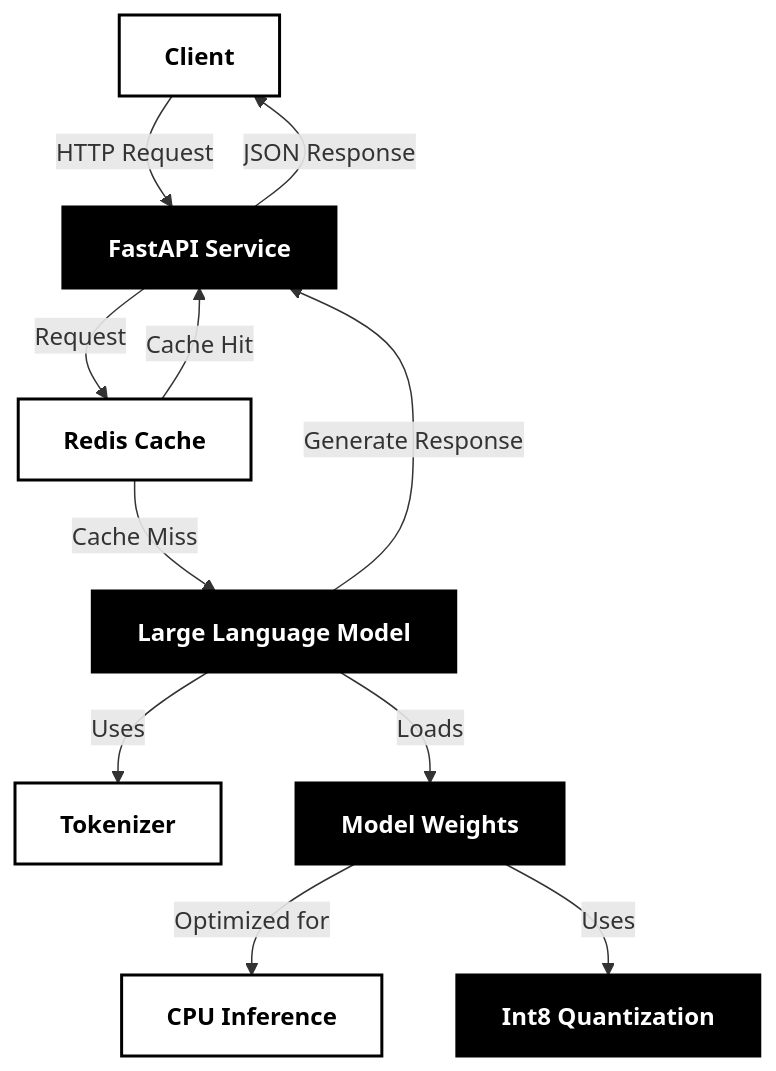
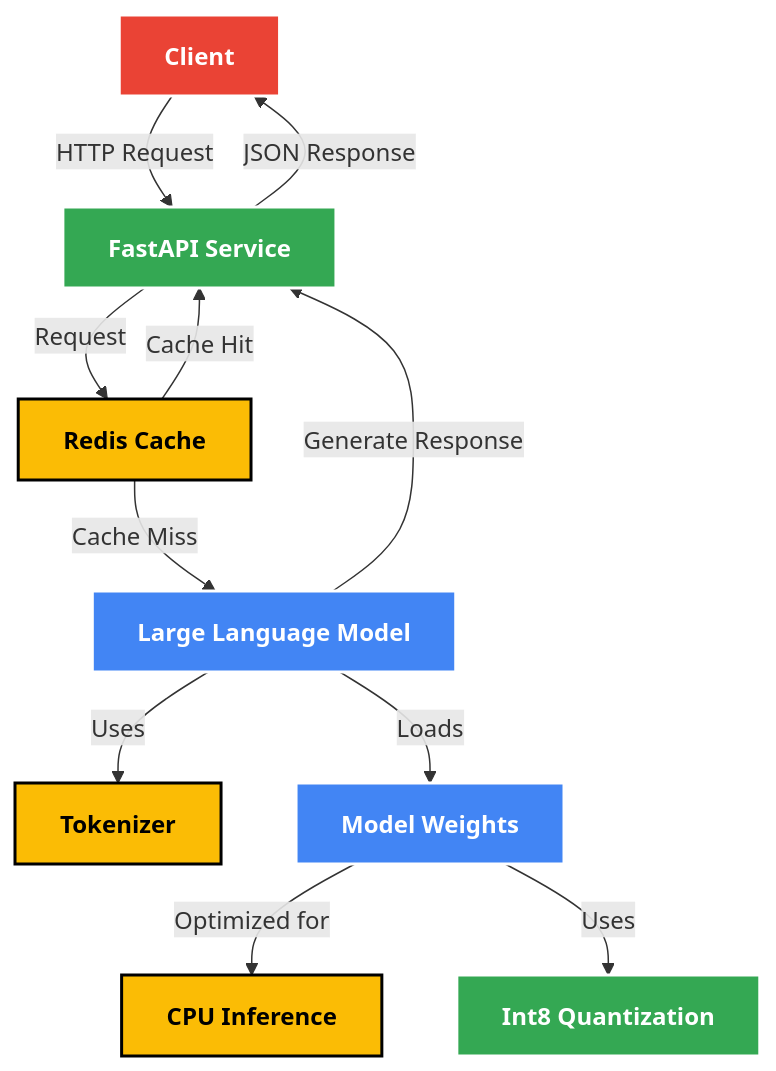
The first of 5 diagrams in An_LLM_Query_Understanding_Service/README.md (SoundMindsAI/ai_examples), drawn with Mermaid before and after one commit. The commit also changed other lines of this file, not shown here.

Commit message:
Update Mermaid diagram colors to Google-style palette for better visualization

````diff
--- a/An_LLM_Query_Understanding_Service/README.md
+++ b/An_LLM_Query_Understanding_Service/README.md
@@ -98,23 +98,23 @@
 ```mermaid
 graph TD
     Client[Client] -->|HTTP Request| API[FastAPI Service]
     API -->|Request| Cache[Redis Cache]
     Cache -->|Cache Hit| API
     Cache -->|Cache Miss| LLM[Large Language Model]
     LLM -->|Generate Response| API
     API -->|JSON Response| Client
     
     LLM -->|Uses| Tokenizer[Tokenizer]
     LLM -->|Loads| ModelWeights[Model Weights]
     ModelWeights -->|Optimized for| CPU[CPU Inference]
     ModelWeights -->|Uses| Quantization[Int8 Quantization]
 
-    style LLM fill:black,stroke:black,stroke-width:2px,color:white,font-weight:bold
-    style Cache fill:white,stroke:black,stroke-width:2px,color:black,font-weight:bold
-    style API fill:black,stroke:black,stroke-width:2px,color:white,font-weight:bold
-    style Client fill:white,stroke:black,stroke-width:2px,color:black,font-weight:bold
-    style Tokenizer fill:white,stroke:black,stroke-width:2px,color:black,font-weight:bold
-    style ModelWeights fill:black,stroke:black,stroke-width:2px,color:white,font-weight:bold
-    style CPU fill:white,stroke:black,stroke-width:2px,color:black,font-weight:bold
-    style Quantization fill:black,stroke:black,stroke-width:2px,color:white,font-weight:bold
+    style LLM fill:#4285F4,stroke:#ffffff,stroke-width:2px,color:white,font-weight:bold
+    style Cache fill:#FBBC05,stroke:#000000,stroke-width:2px,color:black,font-weight:bold
+    style API fill:#34A853,stroke:#ffffff,stroke-width:2px,color:white,font-weight:bold
+    style Client fill:#EA4335,stroke:#ffffff,stroke-width:2px,color:white,font-weight:bold
+    style Tokenizer fill:#FBBC05,stroke:#000000,stroke-width:2px,color:black,font-weight:bold
+    style ModelWeights fill:#4285F4,stroke:#ffffff,stroke-width:2px,color:white,font-weight:bold
+    style CPU fill:#FBBC05,stroke:#000000,stroke-width:2px,color:black,font-weight:bold
+    style Quantization fill:#34A853,stroke:#ffffff,stroke-width:2px,color:white,font-weight:bold
 ```
````
